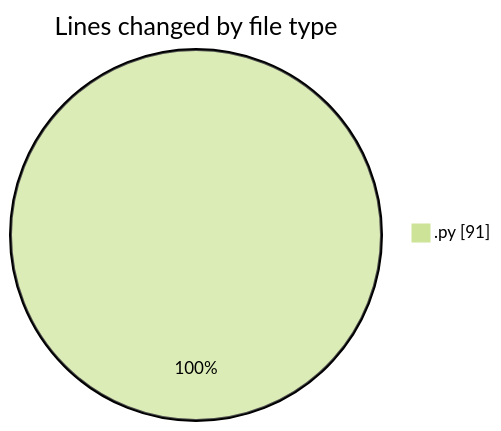
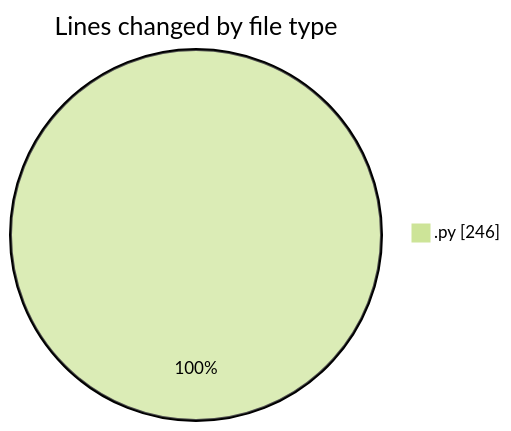
Before and after one commit to julien-gomy/code-tracking: the first of 2 diagrams in 2025-11-21/eventscop-api-guide__workspace_/README.md, drawn with Mermaid (forest theme). The commit also changed other lines of this file and 1 other file, not shown here.

````diff
--- a/2025-11-21/eventscop-api-guide__workspace_/README.md
+++ b/2025-11-21/eventscop-api-guide__workspace_/README.md
@@ -21,5 +22,5 @@
 ```mermaid
 pie showData
 title Lines changed by file type
-".py" : 91
+".py" : 246
 ```
````
